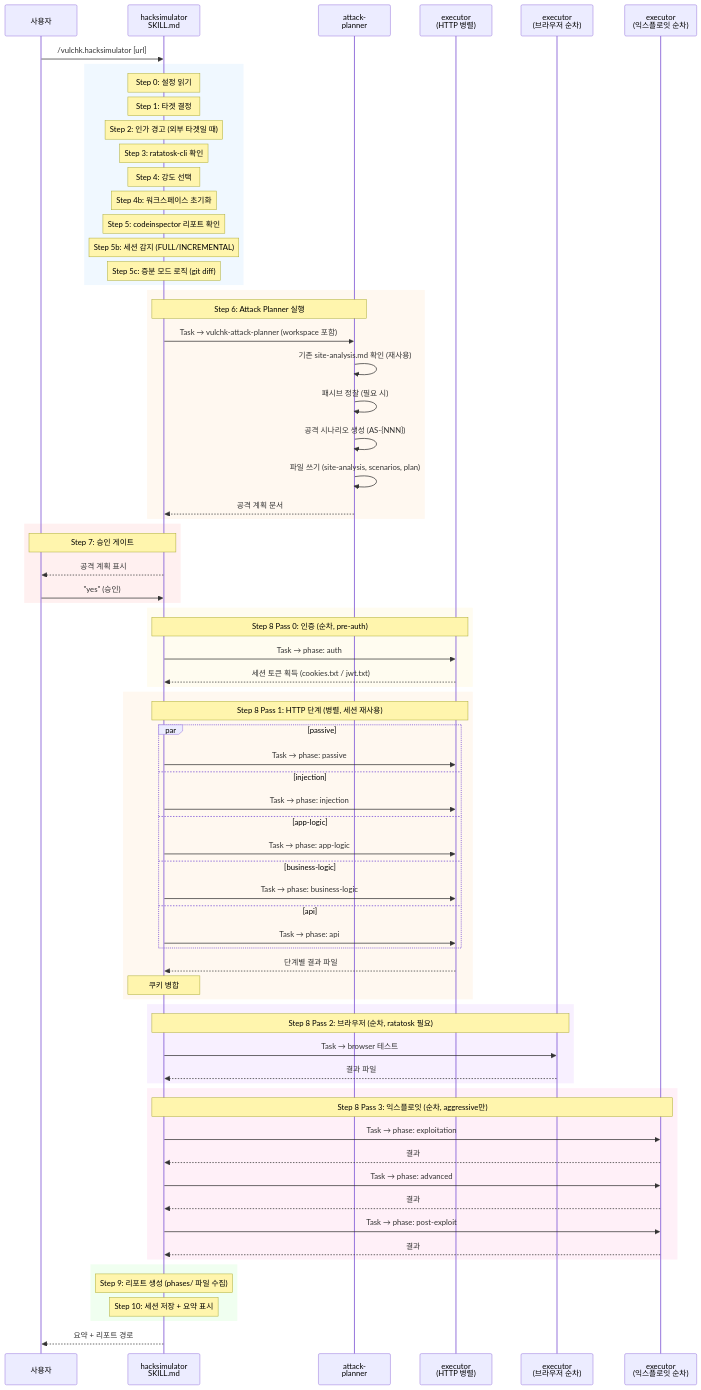
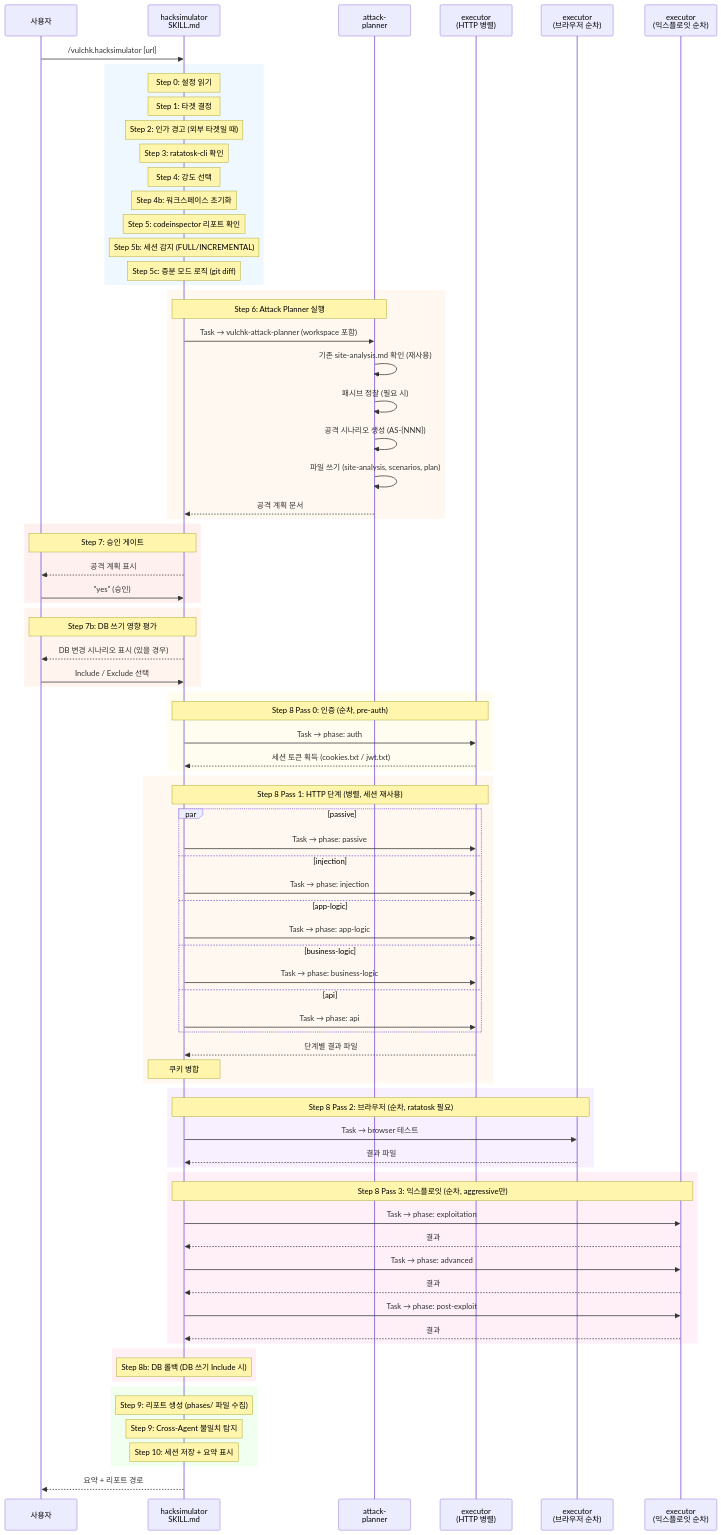
One commit to letsur-dev/vulcheck changed the first of 12 diagrams in design/hacksimulator.md. Above: the diagram before and after it, drawn with Mermaid. The commit also changed other lines of this file and 13 other files, not shown here.

```diff
--- a/design/hacksimulator.md
+++ b/design/hacksimulator.md
@@ -107,6 +123,12 @@
         Note over Skill,사용자: Step 7: 승인 게이트
         Skill-->>사용자: 공격 계획 표시
         사용자->>Skill: "yes" (승인)
+    end
+
+    rect rgb(255, 245, 238)
+        Note over Skill,사용자: Step 7b: DB 쓰기 영향 평가
+        Skill-->>사용자: DB 변경 시나리오 표시 (있을 경우)
+        사용자->>Skill: Include / Exclude 선택
     end
 
     rect rgb(255, 252, 240)
@@ -148,8 +170,13 @@
         ExExploit-->>Skill: 결과
     end
 
+    rect rgb(255, 240, 245)
+        Note over Skill: Step 8b: DB 롤백 (DB 쓰기 Include 시)
+    end
+
     rect rgb(240, 255, 240)
         Note over Skill: Step 9: 리포트 생성 (phases/ 파일 수집)
+        Note over Skill: Step 9: Cross-Agent 불일치 탐지
         Note over Skill: Step 10: 세션 저장 + 요약 표시
     end
 
```
